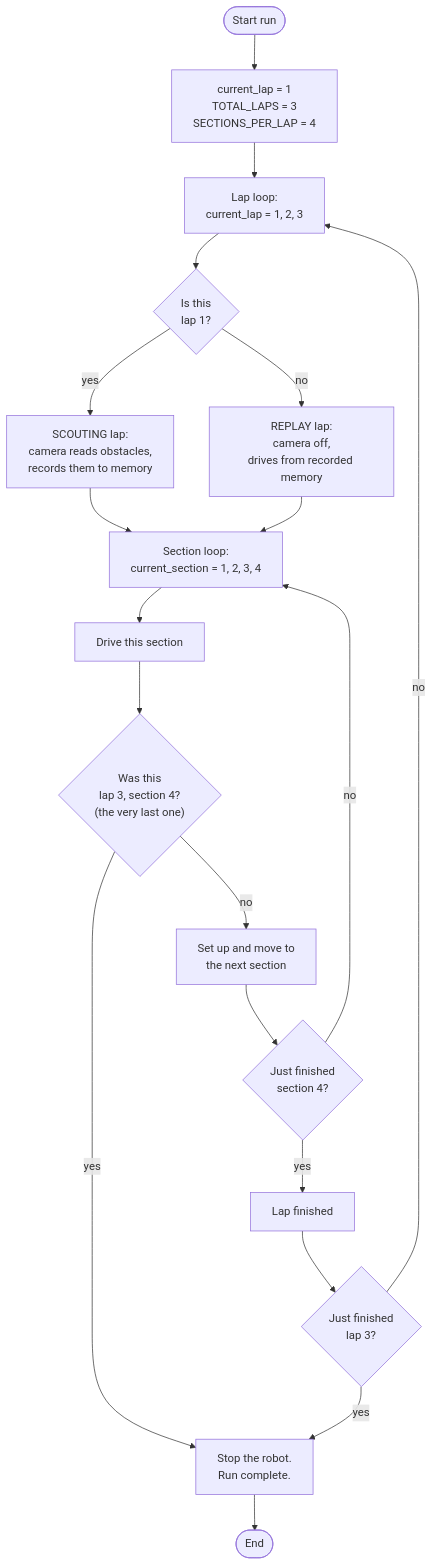
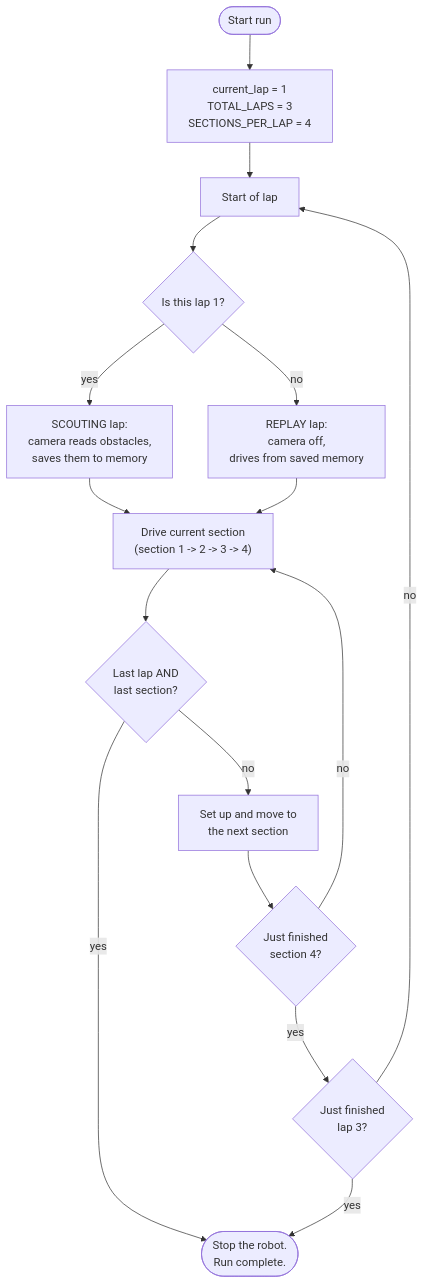
Before and after one commit to KiaraBhandari8/Unsupervised-WROFE2026-India: the third of 3 diagrams in README.md, drawn with Mermaid.

````diff
--- a/README.md
+++ b/README.md
@@ -664,28 +663,24 @@
 ```mermaid
 flowchart TD
     Start([Start run]) --> Init["current_lap = 1<br/>TOTAL_LAPS = 3<br/>SECTIONS_PER_LAP = 4"]
 
-    Init --> LapLoop["Lap loop:<br/>current_lap = 1, 2, 3"]
-    LapLoop --> ScoutQ{"Is this<br/>lap 1?"}
-    ScoutQ -- yes --> Scout["SCOUTING lap:<br/>camera reads obstacles,<br/>records them to memory"]
-    ScoutQ -- no --> Replay["REPLAY lap:<br/>camera off,<br/>drives from recorded memory"]
+    Init --> LapStart["Start of lap"]
+    LapStart --> ScoutQ{"Is this lap 1?"}
+    ScoutQ -- yes --> Scout["SCOUTING lap:<br/>camera reads obstacles,<br/>saves them to memory"]
+    ScoutQ -- no --> Replay["REPLAY lap:<br/>camera off,<br/>drives from saved memory"]
 
-    Scout --> SecLoop
-    Replay --> SecLoop
+    Scout --> SecStart
+    Replay --> SecStart
 
-    SecLoop["Section loop:<br/>current_section = 1, 2, 3, 4"] --> RunSec["Drive this section"]
-    RunSec --> FinalQ{"Was this<br/>lap 3, section 4?<br/>(the very last one)"}
+    SecStart["Drive current section<br/>(section 1 -> 2 -> 3 -> 4)"] --> FinalQ{"Last lap AND<br/>last section?"}
 
-    FinalQ -- yes --> StopRun["Stop the robot.<br/>Run complete."]
+    FinalQ -- yes --> StopRun(["Stop the robot.<br/>Run complete."])
     FinalQ -- no --> NextSec["Set up and move to<br/>the next section"]
 
     NextSec --> SecEndQ{"Just finished<br/>section 4?"}
-    SecEndQ -- no --> SecLoop
-    SecEndQ -- yes --> LapEnd["Lap finished"]
+    SecEndQ -- no --> SecStart
+    SecEndQ -- yes --> LapEndQ{"Just finished<br/>lap 3?"}
 
-    LapEnd --> LapEndQ{"Just finished<br/>lap 3?"}
-    LapEndQ -- no --> LapLoop
+    LapEndQ -- no --> LapStart
     LapEndQ -- yes --> StopRun
-
-    StopRun --> End([End])
 ```
````
